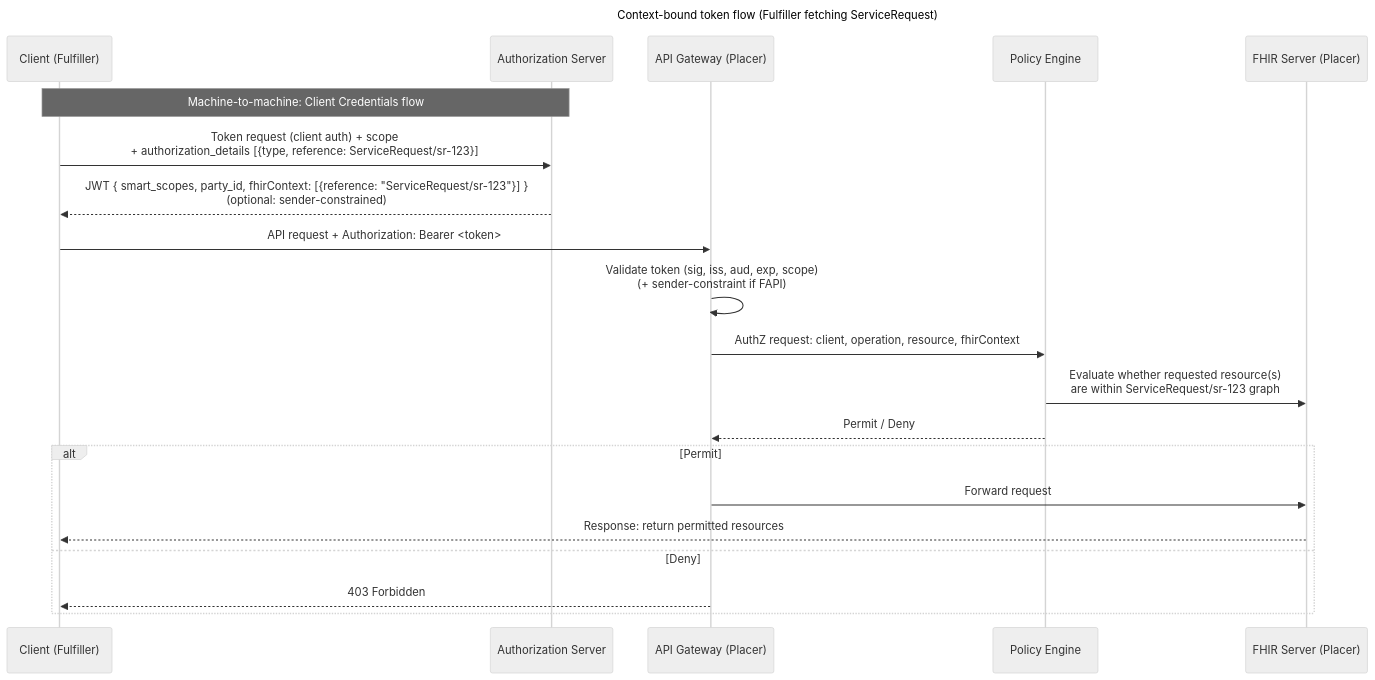
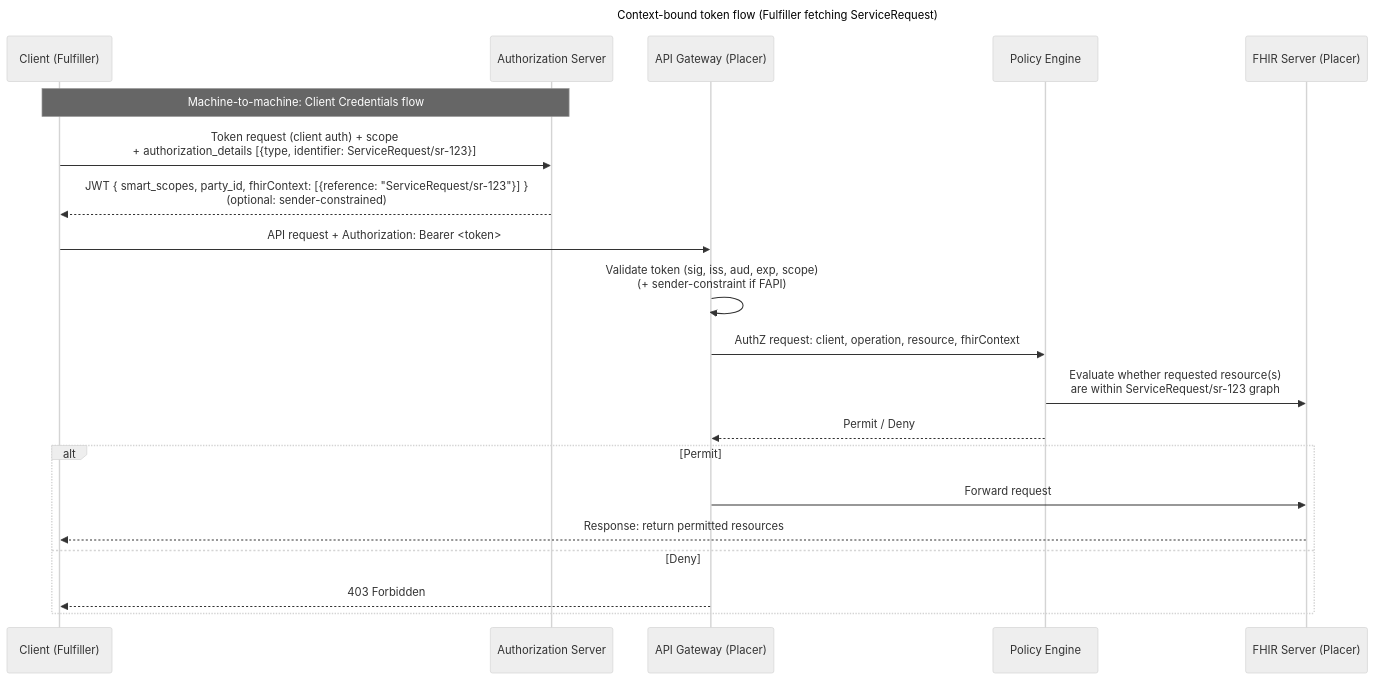
Before and after one commit to umzhconnect/umzhconnect-ig: the second of 3 diagrams in input/pagecontent/security.md, drawn with Mermaid (neutral theme). The commit also changed other lines of this file, not shown here.

Commit message:
Remove superfluous type, use identifier

````diff
--- a/input/pagecontent/security.md
+++ b/input/pagecontent/security.md
@@ -134,26 +133,26 @@
 ```mermaid
 sequenceDiagram
   title Context-bound token flow (Fulfiller fetching ServiceRequest)
 
   participant C as Client (Fulfiller)
   participant AS as Authorization Server
   participant AG as API Gateway (Placer)
   participant PE as Policy Engine
   participant FHIR as FHIR Server (Placer)
 
   Note over C,AS: Machine-to-machine: Client Credentials flow
-  C->>AS: Token request (client auth) + scope<br/>+ authorization_details [{type, reference: ServiceRequest/sr-123}]
+  C->>AS: Token request (client auth) + scope<br/>+ authorization_details [{type, identifier: ServiceRequest/sr-123}]
   AS-->>C: JWT { smart_scopes, party_id, fhirContext: [{reference: "ServiceRequest/sr-123"}] }<br/>(optional: sender-constrained)
 
   C->>AG: API request + Authorization: Bearer <token>
   AG->>AG: Validate token (sig, iss, aud, exp, scope)<br/>(+ sender-constraint if FAPI)
   AG->>PE: AuthZ request: client, operation, resource, fhirContext
   PE->>FHIR: Evaluate whether requested resource(s)<br/>are within ServiceRequest/sr-123 graph
   PE-->>AG: Permit / Deny
   alt Permit
     AG->>FHIR: Forward request
     FHIR-->>C: Response: return permitted resources
   else Deny
     AG-->>C: 403 Forbidden
   end
 ```
````
